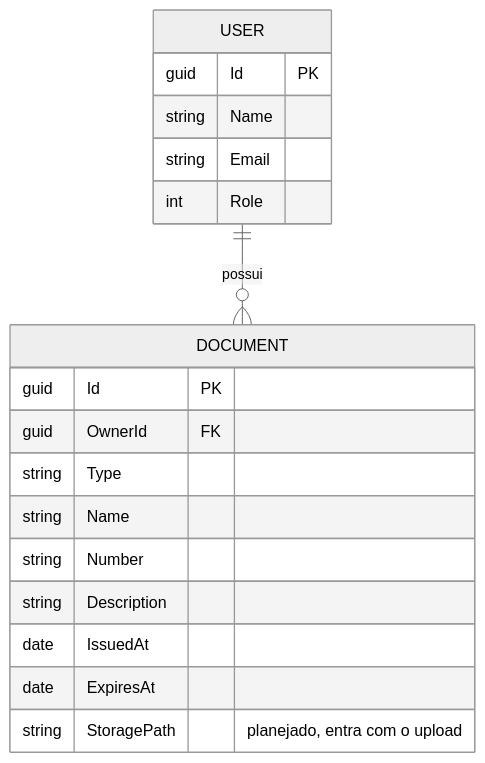
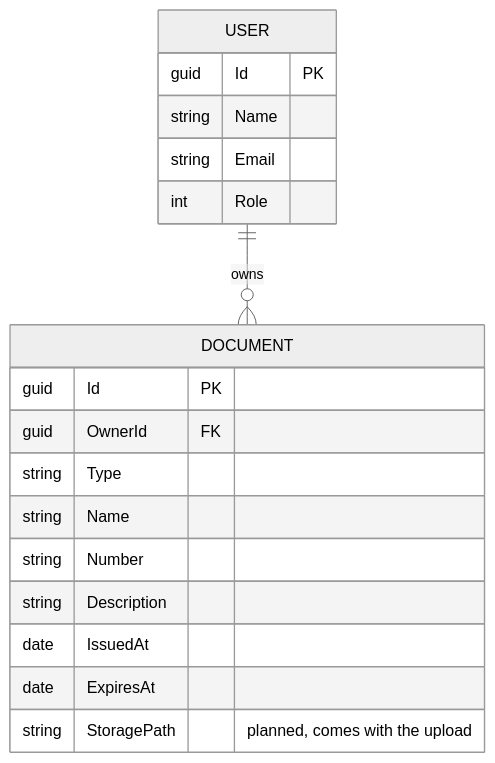
One commit to gcarvalhomain/Authdoc changed the second of 2 diagrams in README.md. Above: the diagram before and after it, drawn with Mermaid (neutral theme). The commit also changed other lines of this file, not shown here.

````diff
--- a/README.md
+++ b/README.md
@@ -365,21 +365,21 @@
 ```mermaid
 erDiagram
-    USER ||--o{ DOCUMENT : possui
+    USER ||--o{ DOCUMENT : owns
     USER {
         guid Id PK
         string Name
         string Email
         int Role
     }
     DOCUMENT {
         guid Id PK
         guid OwnerId FK
         string Type
         string Name
         string Number
         string Description
         date IssuedAt
         date ExpiresAt
-        string StoragePath "planejado, entra com o upload"
+        string StoragePath "planned, comes with the upload"
     }
 ```
````
